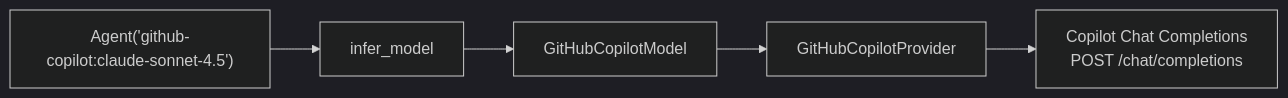
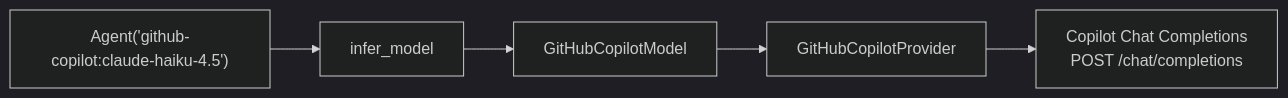
The first of 2 diagrams in PLAN.md (pydantic/pydantic-ai), drawn with Mermaid (dark theme) before and after one commit. The commit also changed other lines of this file, not shown here.

First line of the commit message:
docs: rewrite the Copilot spec on live probe results

````diff
--- a/PLAN.md
+++ b/PLAN.md
@@ -218,13 +203,13 @@
 ```mermaid
 flowchart LR
-  user["Agent('github-copilot:claude-sonnet-4.5')"]
+  user["Agent('github-copilot:claude-haiku-4.5')"]
   infer["infer_model"]
   model["GitHubCopilotModel"]
   provider["GitHubCopilotProvider"]
   api["Copilot Chat Completions<br/>POST /chat/completions"]
 
   user --> infer
   infer --> model
   model --> provider
   provider --> api
 ```
````
